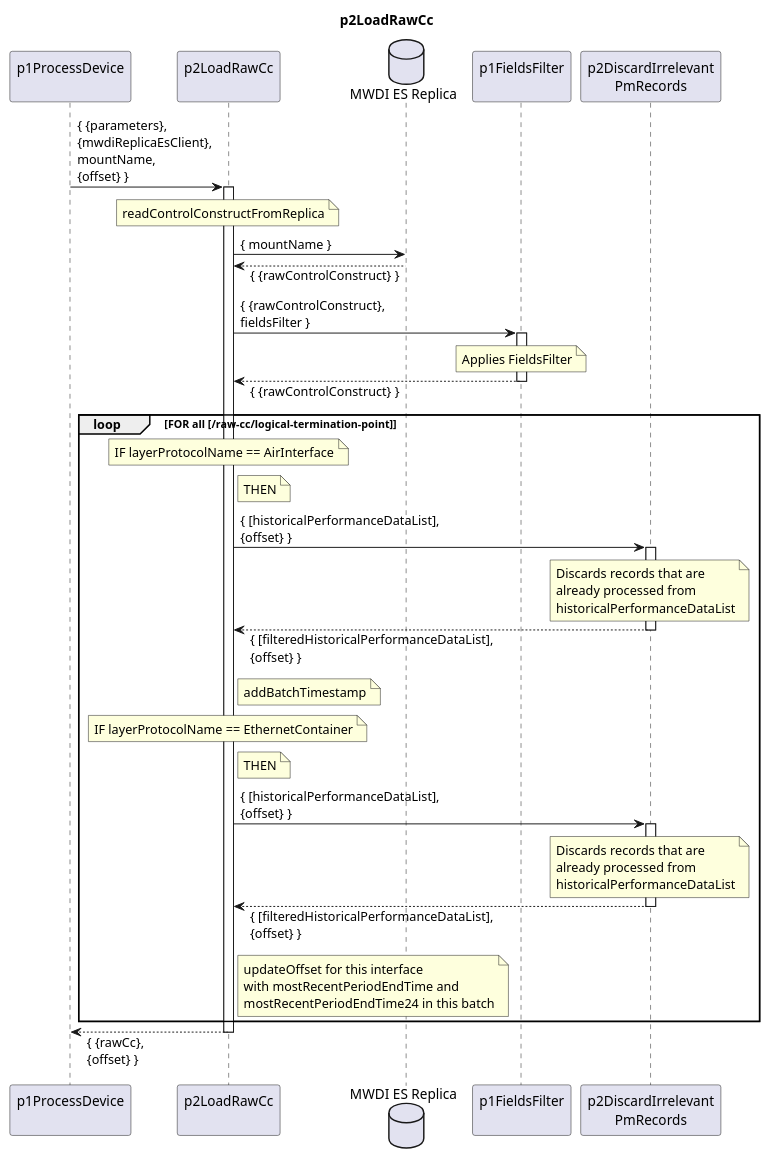
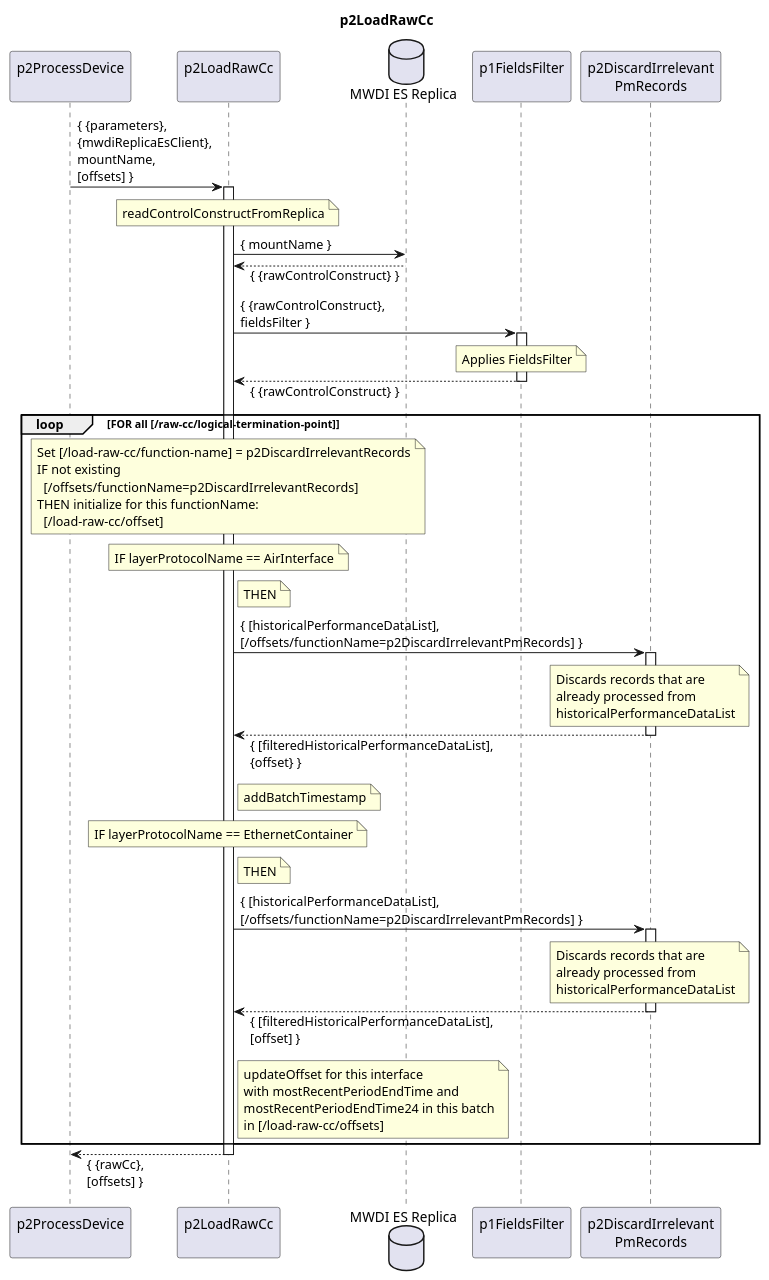
One commit to openBackhaul/DevicePerformanceManagementDataProcessor changed the diagram in spec/Functions/p1StreamPmData/p2ProcessDevice/p2LoadRawCc/1.0.0/p2LoadRawCc.plantuml. Above: the diagram before and after it, drawn with PlantUML. The commit also changed 4 other files, not shown here.

Commit message:
Specify p2LoadRawCc Fixes #115

```diff
--- a/spec/Functions/p1StreamPmData/p2ProcessDevice/p2LoadRawCc/1.0.0/p2LoadRawCc.plantuml
+++ b/spec/Functions/p1StreamPmData/p2ProcessDevice/p2LoadRawCc/1.0.0/p2LoadRawCc.plantuml
@@ -1,84 +1,93 @@
 @startuml p2LoadRawCc
 skinparam responseMessageBelowArrow true
 
 title
   p2LoadRawCc
 end title
 
-participant "p1ProcessDevice\n" as requestor
+participant "p2ProcessDevice\n" as requestor
 participant "p2LoadRawCc\n" as cur
 database "MWDI ES Replica" as MwdiEs
 participant "p1FieldsFilter\n" as fieldsFilter
 participant "p2DiscardIrrelevant\nPmRecords" as filterPm
 
-requestor -> cur: { {parameters},\n{mwdiReplicaEsClient},\nmountName,\n{offset} }
+requestor -> cur: { {parameters},\n{mwdiReplicaEsClient},\nmountName,\n[offsets] }
 activate cur
 
   note over cur
     readControlConstructFromReplica
   end note
   cur -> MwdiEs: { mountName }
   cur <-- MwdiEs: { {rawControlConstruct} }
 
   cur -> fieldsFilter: { {rawControlConstruct},\nfieldsFilter }
   activate fieldsFilter
     note over fieldsFilter
       Applies FieldsFilter
     end note
   cur <-- fieldsFilter: { {rawControlConstruct} }
   deactivate fieldsFilter
 
   loop FOR all [/raw-cc/logical-termination-point]
 
     note over cur
+      Set [/load-raw-cc/function-name] = p2DiscardIrrelevantRecords
+      IF not existing
+        [/offsets/functionName=p2DiscardIrrelevantRecords]
+      THEN initialize for this functionName:
+        [/load-raw-cc/offset]
+    end note
+
+    note over cur
       IF layerProtocolName == AirInterface
     end note
 
     note right cur
       THEN
     end note
 
-    cur -> filterPm: { [historicalPerformanceDataList],\n{offset} }
+    cur -> filterPm: { [historicalPerformanceDataList],\n[/offsets/functionName=p2DiscardIrrelevantPmRecords] }
     activate filterPm
     note over filterPm
       Discards records that are
       already processed from
       historicalPerformanceDataList
     end note
     cur <-- filterPm: { [filteredHistoricalPerformanceDataList],\n{offset} }
     deactivate filterPm
 
     note right cur
       addBatchTimestamp
     end note
 
     note over cur
       IF layerProtocolName == EthernetContainer
     end note
 
     note right cur
       THEN
     end note
 
-    cur -> filterPm: { [historicalPerformanceDataList],\n{offset} }
+    cur -> filterPm: { [historicalPerformanceDataList],\n[/offsets/functionName=p2DiscardIrrelevantPmRecords] }
     activate filterPm
     note over filterPm
       Discards records that are
       already processed from
       historicalPerformanceDataList
     end note
-    cur <-- filterPm: { [filteredHistoricalPerformanceDataList],\n{offset} }
+    cur <-- filterPm: { [filteredHistoricalPerformanceDataList],\n[offset] }
     deactivate filterPm
 
     note right cur
       updateOffset for this interface
       with mostRecentPeriodEndTime and
       mostRecentPeriodEndTime24 in this batch
+      in [/load-raw-cc/offsets]
     end note
 
   end loop
 
-requestor <-- cur: { {rawCc},\n{offset} }
+requestor <-- cur: { {rawCc},\n[offsets] }
 deactivate cur
 
 @enduml
```
